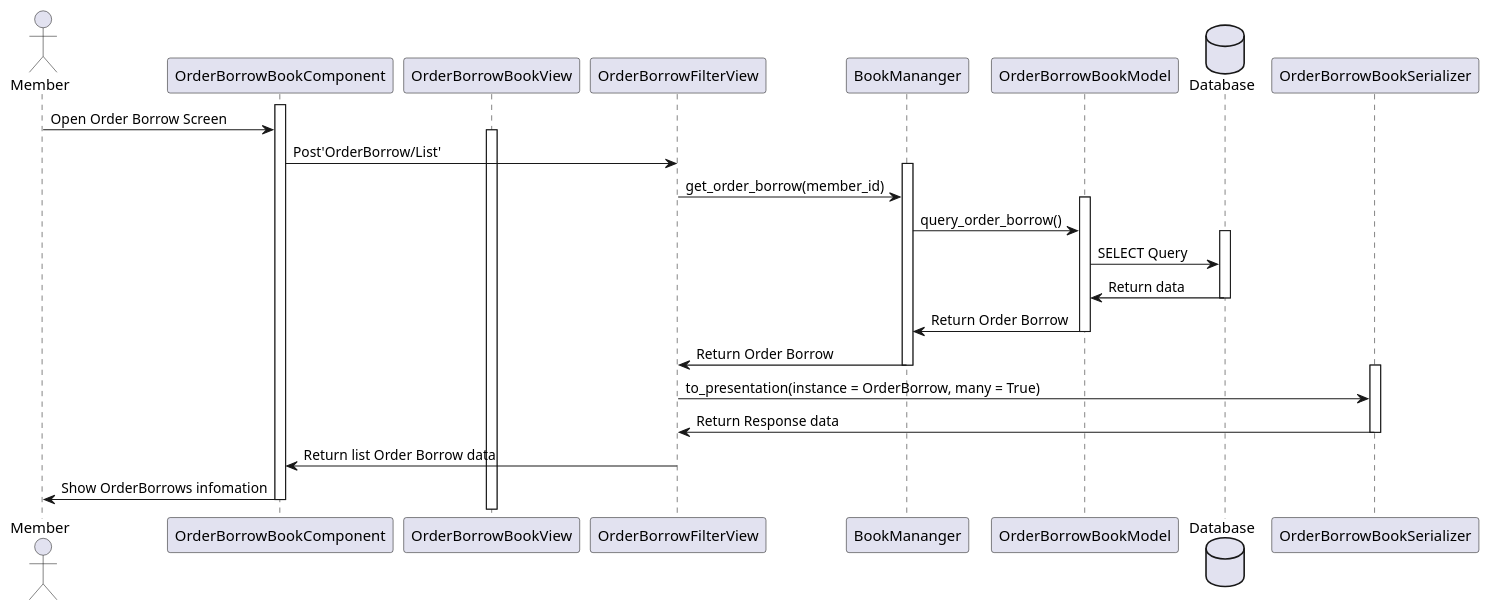
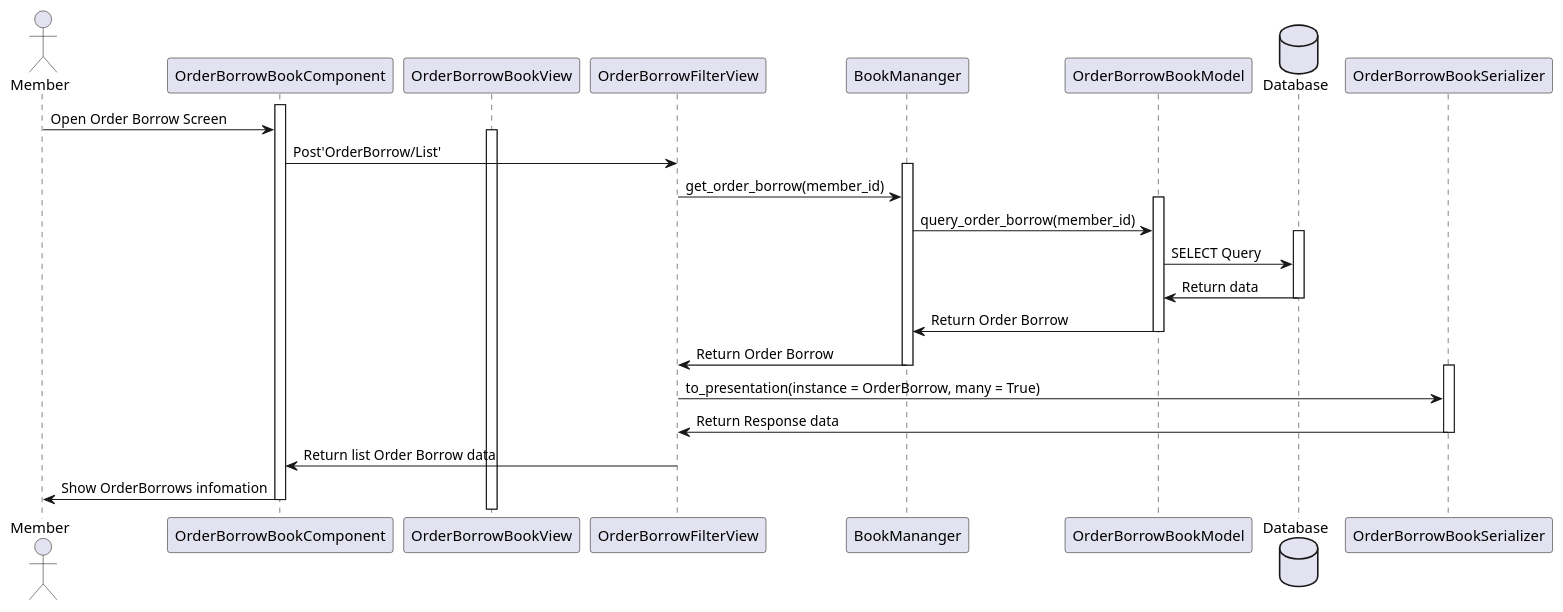
Before and after one commit to ljttl3q04t/Book-Over-There: the diagram in uml/020-sequence-filter-order-borrow-book.wsd, drawn with PlantUML. The commit also changed 2 other files, not shown here.

Commit message:
update sequence

```diff
--- a/uml/020-sequence-filter-order-borrow-book.wsd
+++ b/uml/020-sequence-filter-order-borrow-book.wsd
@@ -1,29 +1,29 @@
 @startuml
 actor Member
 activate OrderBorrowBookComponent
 Member -> OrderBorrowBookComponent: Open Order Borrow Screen
 activate OrderBorrowBookView
 
 OrderBorrowBookComponent -> OrderBorrowFilterView: Post'OrderBorrow/List'
 activate BookMananger
 OrderBorrowFilterView -> BookMananger: get_order_borrow(member_id)
 activate OrderBorrowBookModel
-BookMananger -> OrderBorrowBookModel: query_order_borrow()
+BookMananger -> OrderBorrowBookModel: query_order_borrow(member_id)
 database Database 
 activate Database
 OrderBorrowBookModel -> Database: SELECT Query
 Database -> OrderBorrowBookModel: Return data
 deactivate Database
 OrderBorrowBookModel -> BookMananger: Return Order Borrow
 deactivate OrderBorrowBookModel
 BookMananger -> OrderBorrowFilterView: Return Order Borrow
 deactivate BookMananger
 activate OrderBorrowBookSerializer
 OrderBorrowFilterView -> OrderBorrowBookSerializer: to_presentation(instance = OrderBorrow, many = True)
 OrderBorrowBookSerializer -> OrderBorrowFilterView: Return Response data
 deactivate OrderBorrowBookSerializer
 OrderBorrowFilterView -> OrderBorrowBookComponent: Return list Order Borrow data
 
 OrderBorrowBookComponent -> Member: Show OrderBorrows infomation
 deactivate OrderBorrowBookComponent
 @enduml
```
